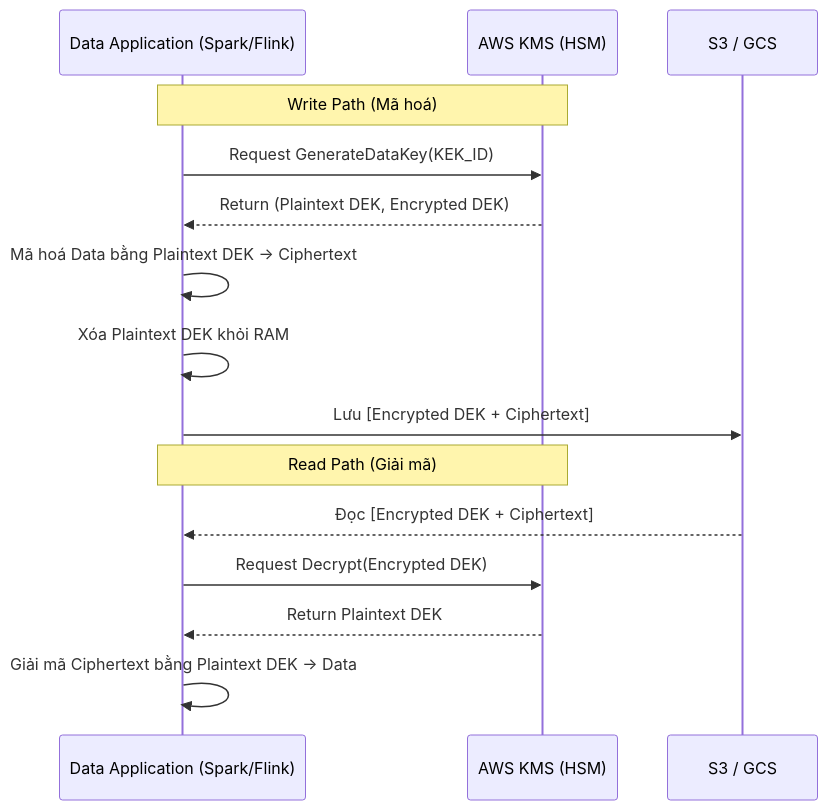
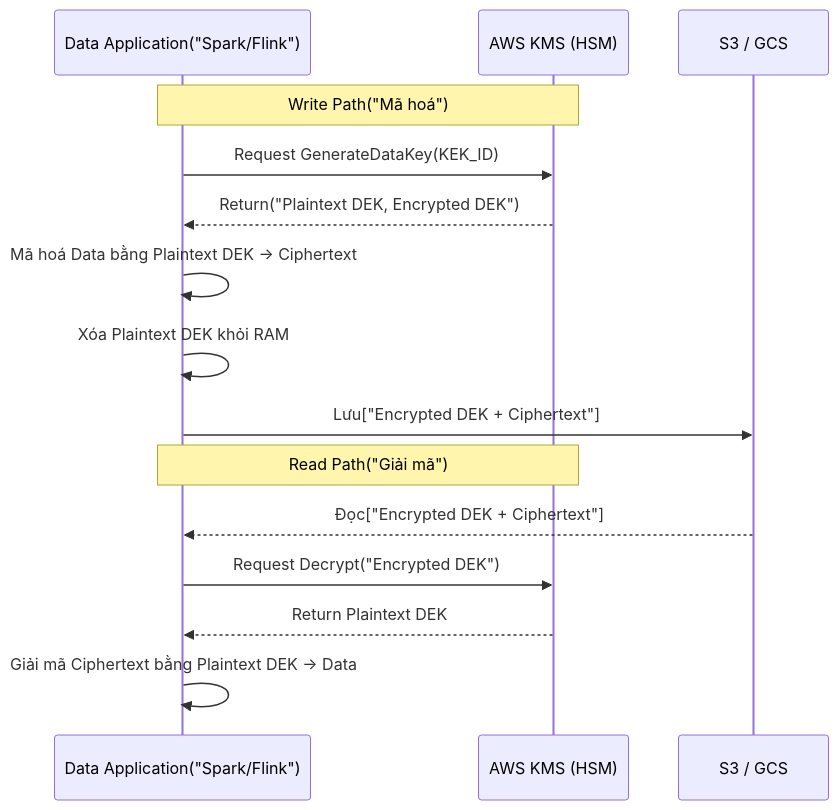
Before and after one commit to kythuatdulieu/kythuatdulieu.github.io: the first of 2 diagrams in src/content/docs/concepts/8-security-governance-finops/data-masking-encryption.md, drawn with Mermaid. The commit also changed other lines of this file and 190 other files, not shown here.

Commit message:
fix: resolve mermaid syntax, math rendering, and metadata issues from content rewrite

````diff
--- a/src/content/docs/concepts/8-security-governance-finops/data-masking-encryption.md
+++ b/src/content/docs/concepts/8-security-governance-finops/data-masking-encryption.md
@@ -27,19 +27,19 @@
 ```mermaid
 sequenceDiagram
-    participant App as Data Application (Spark/Flink)
+    participant App as Data Application("Spark/Flink")
     participant KMS as AWS KMS (HSM)
     participant Storage as S3 / GCS
     
-    Note over App, KMS: Write Path (Mã hoá)
+    Note over App, KMS: Write Path("Mã hoá")
     App->>KMS: Request GenerateDataKey(KEK_ID)
-    KMS-->>App: Return (Plaintext DEK, Encrypted DEK)
+    KMS-->>App: Return("Plaintext DEK, Encrypted DEK")
     App->>App: Mã hoá Data bằng Plaintext DEK -> Ciphertext
     App->>App: Xóa Plaintext DEK khỏi RAM
-    App->>Storage: Lưu [Encrypted DEK + Ciphertext]
+    App->>Storage: Lưu["Encrypted DEK + Ciphertext"]
     
-    Note over App, KMS: Read Path (Giải mã)
-    Storage-->>App: Đọc [Encrypted DEK + Ciphertext]
-    App->>KMS: Request Decrypt(Encrypted DEK)
+    Note over App, KMS: Read Path("Giải mã")
+    Storage-->>App: Đọc["Encrypted DEK + Ciphertext"]
+    App->>KMS: Request Decrypt("Encrypted DEK")
     KMS-->>App: Return Plaintext DEK
     App->>App: Giải mã Ciphertext bằng Plaintext DEK -> Data
 ```
````
